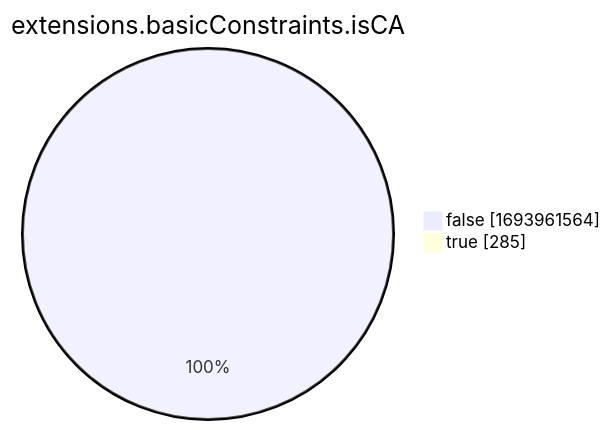
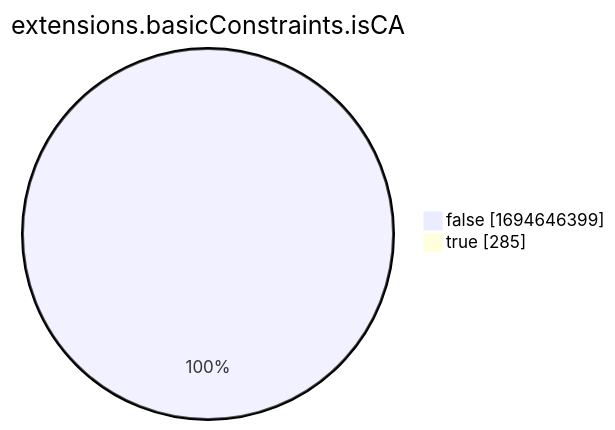
One commit to christiankrug/ctmonitor_visualization changed the eighth of 15 diagrams in xenon2022/README.md. Above: the diagram before and after it, drawn with Mermaid. The commit also changed other lines of this file, not shown here.

````diff
--- a/xenon2022/README.md
+++ b/xenon2022/README.md
@@ -2865,6 +2865,6 @@
 ```mermaid
 pie showData
 title extensions.basicConstraints.isCA
-"false" :1693961564
+"false" :1694646399
 "true" :285
 ```
````
